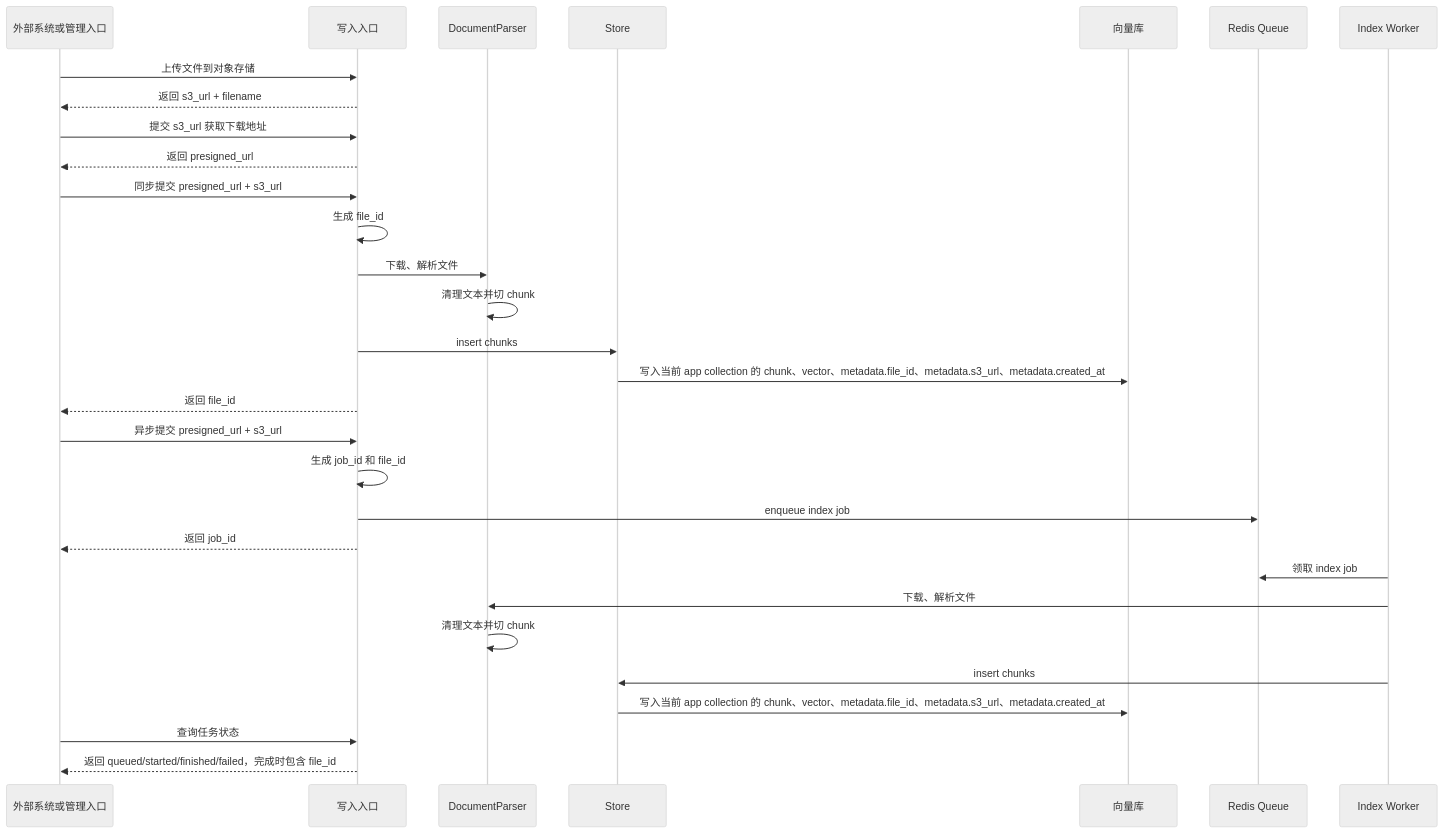
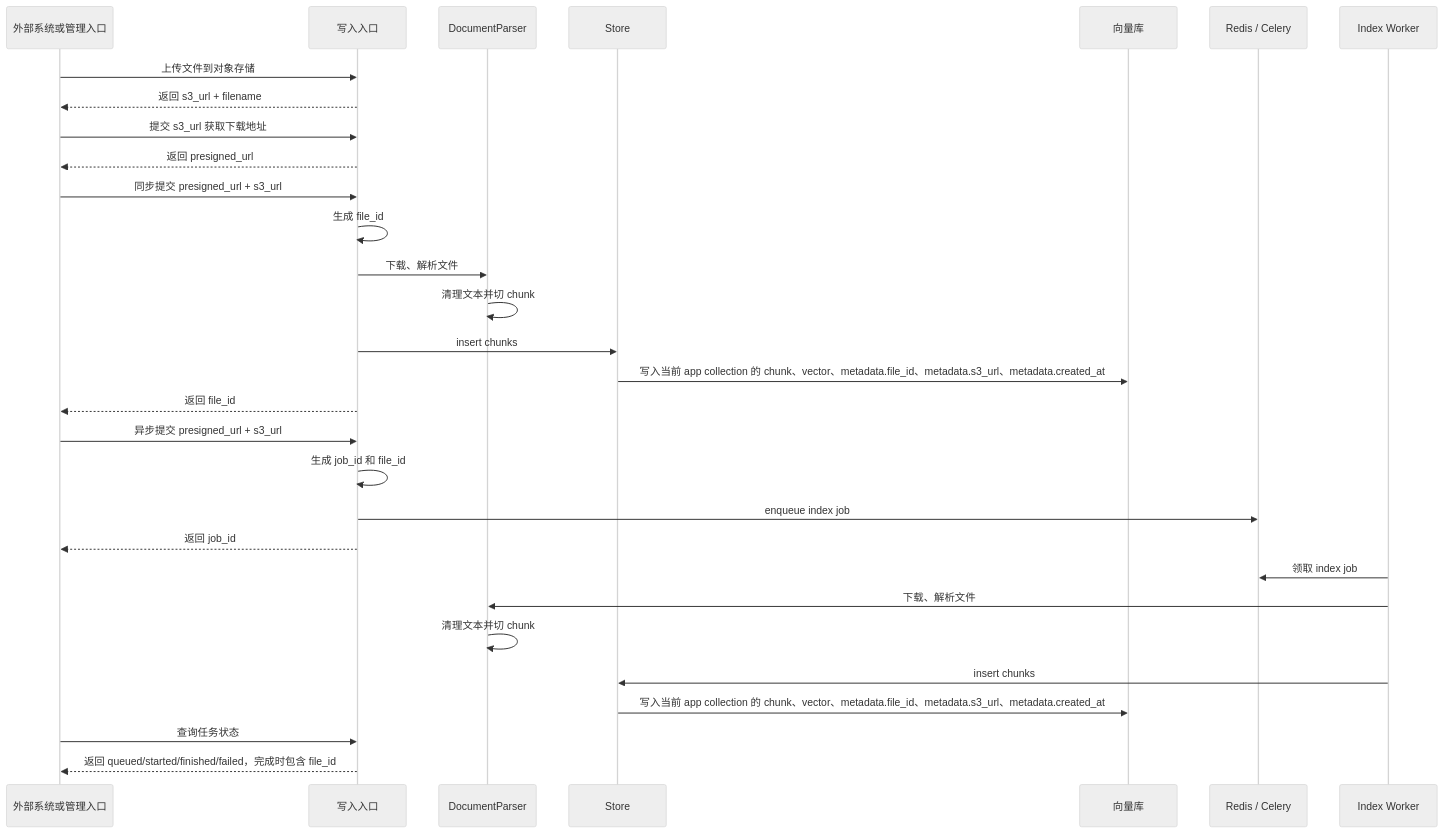
Before and after one commit to guobinqiu/new_brain: the fourth of 5 diagrams in docs/architecture.md, drawn with Mermaid (neutral theme). The commit also changed other lines of this file and 44 other files, not shown here.

````diff
--- a/docs/architecture.md
+++ b/docs/architecture.md
@@ -168,33 +168,33 @@
 ```mermaid
 sequenceDiagram
   participant Client as 外部系统或管理入口
   participant Entry as 写入入口
   participant Parser as DocumentParser
   participant Store as Store
   participant DB as 向量库
-  participant Redis as Redis Queue
+  participant Redis as Redis / Celery
   participant Worker as Index Worker
 
   Client->>Entry: 上传文件到对象存储
   Entry-->>Client: 返回 s3_url + filename
   Client->>Entry: 提交 s3_url 获取下载地址
   Entry-->>Client: 返回 presigned_url
   Client->>Entry: 同步提交 presigned_url + s3_url
   Entry->>Entry: 生成 file_id
   Entry->>Parser: 下载、解析文件
   Parser->>Parser: 清理文本并切 chunk
   Entry->>Store: insert chunks
   Store->>DB: 写入当前 app collection 的 chunk、vector、metadata.file_id、metadata.s3_url、metadata.created_at
   Entry-->>Client: 返回 file_id
   Client->>Entry: 异步提交 presigned_url + s3_url
   Entry->>Entry: 生成 job_id 和 file_id
   Entry->>Redis: enqueue index job
   Entry-->>Client: 返回 job_id
   Worker->>Redis: 领取 index job
   Worker->>Parser: 下载、解析文件
   Parser->>Parser: 清理文本并切 chunk
   Worker->>Store: insert chunks
   Store->>DB: 写入当前 app collection 的 chunk、vector、metadata.file_id、metadata.s3_url、metadata.created_at
   Client->>Entry: 查询任务状态
   Entry-->>Client: 返回 queued/started/finished/failed，完成时包含 file_id
 ```
````
